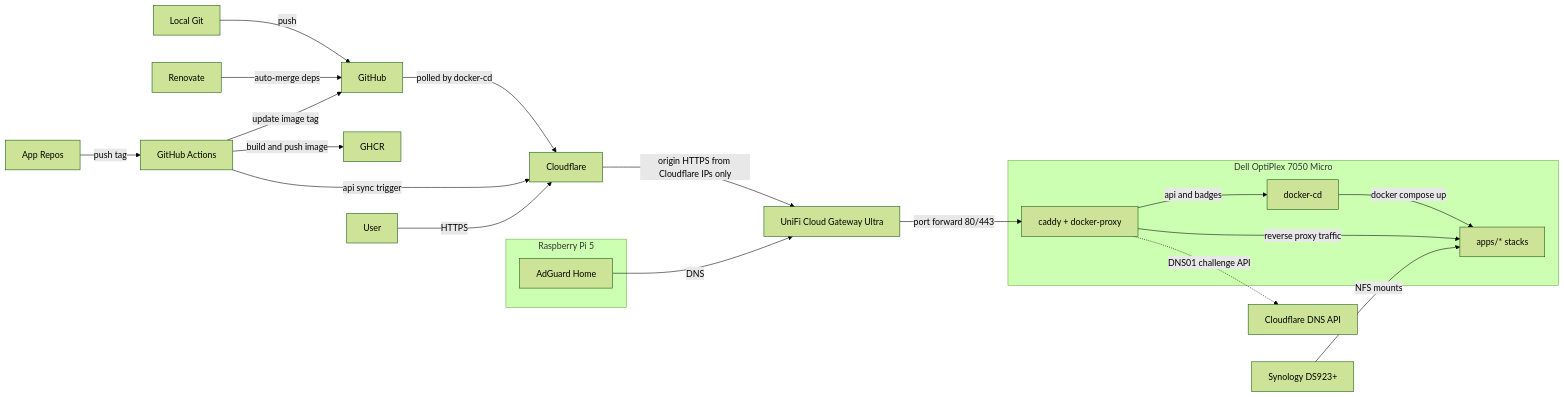
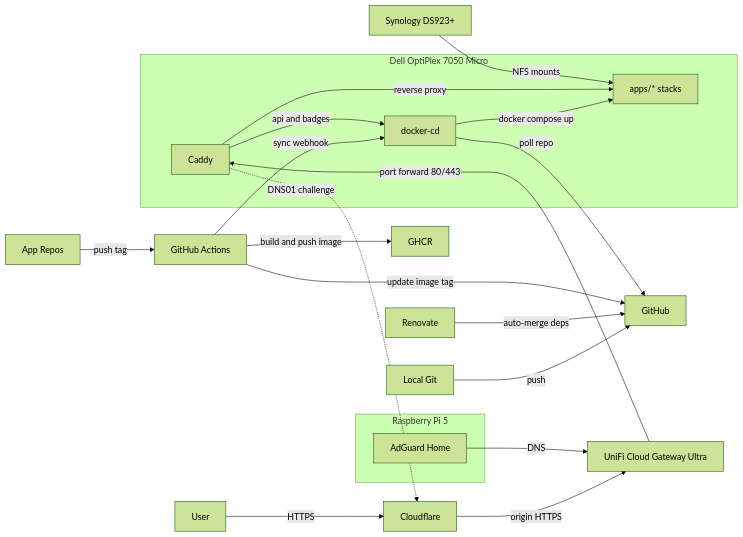
One commit to wajeht/home-ops changed the diagram in README.md. Above: the diagram before and after it, drawn with Mermaid (forest theme).

Commit message:
docs: clarify architecture diagram and update descriptions

````diff
--- a/README.md
+++ b/README.md
@@ -16,31 +16,31 @@
 ```mermaid
 flowchart LR
     subgraph dell[Dell OptiPlex 7050 Micro]
         docker_cd[docker-cd]
-        caddy[caddy + docker-proxy]
+        caddy[Caddy]
         apps[apps/* stacks]
     end
 
     subgraph pi[Raspberry Pi 5]
         adguard[AdGuard Home]
     end
 
     local_git[Local Git] -->|push| github[GitHub]
     app_repo[App Repos] -->|push tag| actions[GitHub Actions]
     renovate[Renovate] -->|auto-merge deps| github
     actions -->|build and push image| ghcr[GHCR]
     actions -->|update image tag| github
-    github -->|polled by docker-cd| cloudflare[Cloudflare]
-    actions -->|api sync trigger| cloudflare
+    docker_cd -->|poll repo| github
+    actions -->|sync webhook| docker_cd
 
     user[User] -->|HTTPS| cloudflare[Cloudflare]
-    cloudflare -->|origin HTTPS from Cloudflare IPs only| unifi[UniFi Cloud Gateway Ultra]
+    cloudflare -->|origin HTTPS| unifi[UniFi Cloud Gateway Ultra]
     adguard -->|DNS| unifi
 
     docker_cd -->|docker compose up| apps
-    caddy -->|reverse proxy traffic| apps
+    caddy -->|reverse proxy| apps
     caddy -->|api and badges| docker_cd
     unifi -->|port forward 80/443| caddy
-    caddy -.->|DNS01 challenge API| cloudflare_dns[Cloudflare DNS API]
+    caddy -.->|DNS01 challenge| cloudflare
     nas[Synology DS923+] -->|NFS mounts| apps
 ```
````
